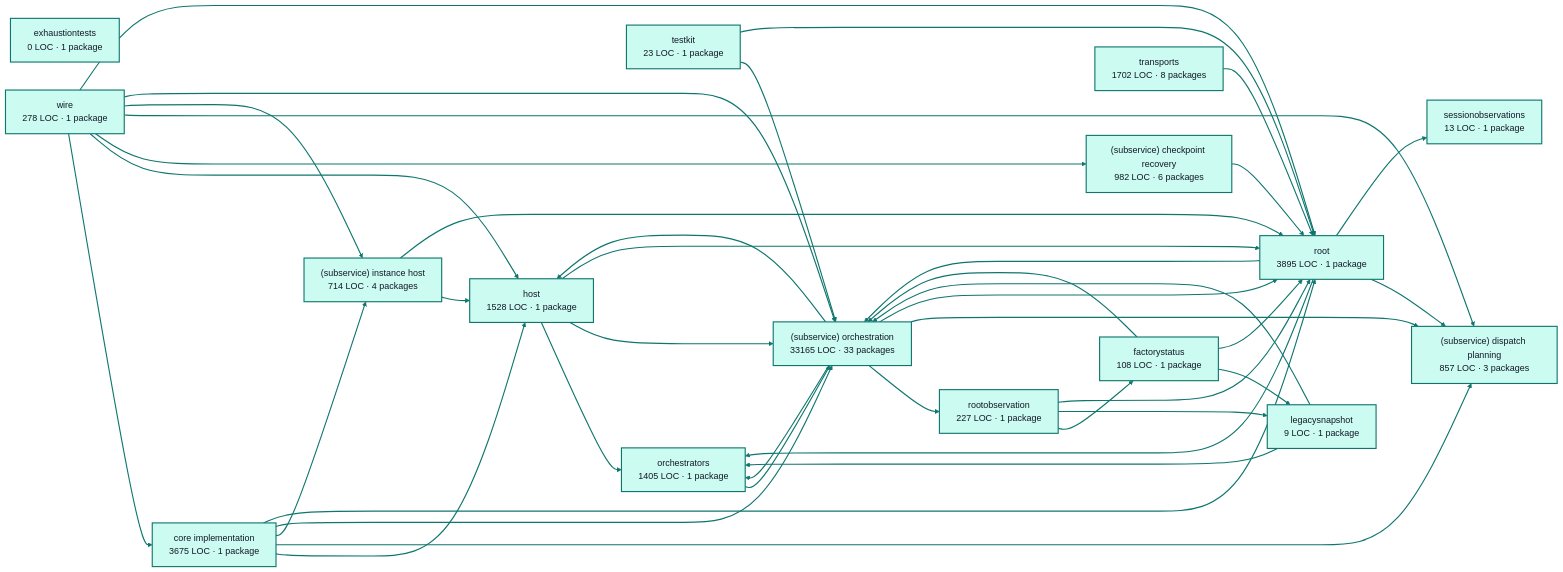
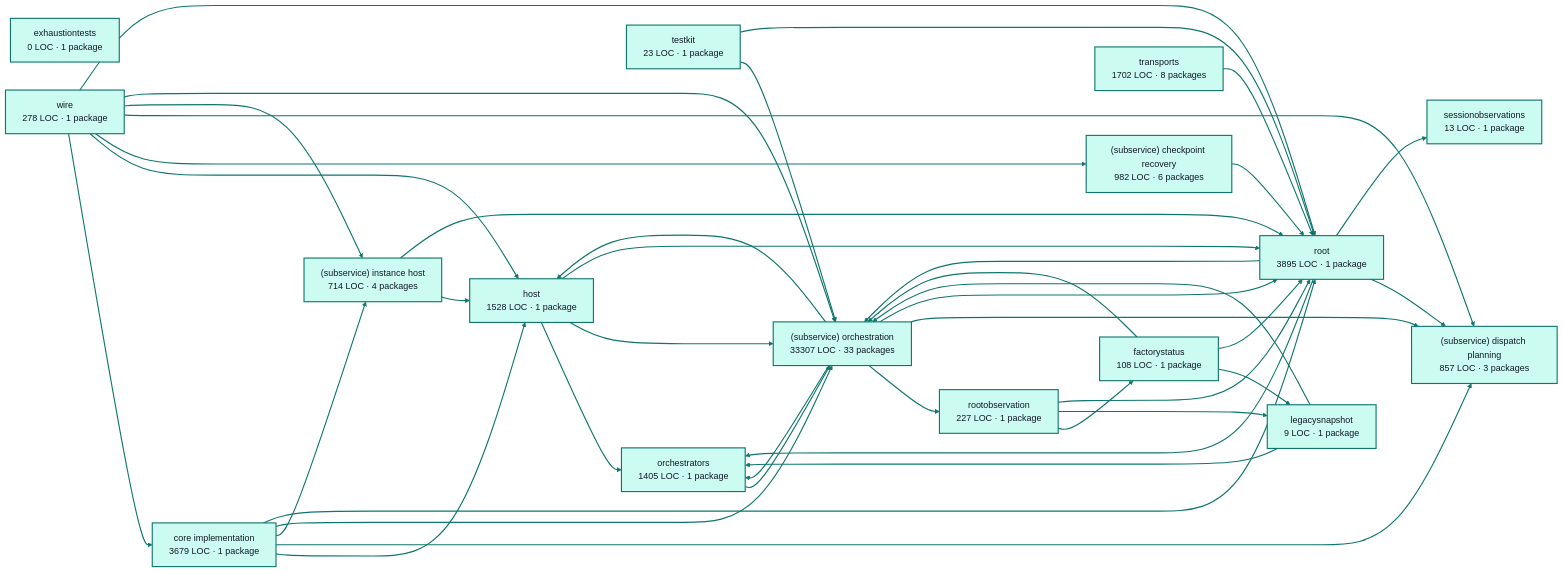
Before and after one commit to portpowered/you-agent-factory: the diagram in docs/architecture/visualizations/services/factory_runtime.md, drawn with Mermaid. The commit also changed other lines of this file and 20 other files, not shown here.

Commit message:
docs: refresh backend architecture visualizations

````diff
--- a/docs/architecture/visualizations/services/factory_runtime.md
+++ b/docs/architecture/visualizations/services/factory_runtime.md
@@ -11,75 +11,75 @@
 ```mermaid
 flowchart LR
-  p0["core implementation<br/>3675 LOC · 1 package"]
+  p0["core implementation<br/>3679 LOC · 1 package"]
   p1["exhaustiontests<br/>0 LOC · 1 package"]
   p2["factorystatus<br/>108 LOC · 1 package"]
   p3["host<br/>1528 LOC · 1 package"]
   p4["legacysnapshot<br/>9 LOC · 1 package"]
   p5["orchestrators<br/>1405 LOC · 1 package"]
   p6["rootobservation<br/>227 LOC · 1 package"]
   p7["(subservice) checkpoint recovery<br/>982 LOC · 6 packages"]
   p8["(subservice) dispatch planning<br/>857 LOC · 3 packages"]
   p9["(subservice) instance host<br/>714 LOC · 4 packages"]
-  p10["(subservice) orchestration<br/>33165 LOC · 33 packages"]
+  p10["(subservice) orchestration<br/>33307 LOC · 33 packages"]
   p11["sessionobservations<br/>13 LOC · 1 package"]
   p12["testkit<br/>23 LOC · 1 package"]
   p13["root<br/>3895 LOC · 1 package"]
   p14["transports<br/>1702 LOC · 8 packages"]
   p15["wire<br/>278 LOC · 1 package"]
   p0 --> p3
   p0 --> p8
   p0 --> p9
   p0 --> p10
   p0 --> p13
   p2 --> p4
   p2 --> p10
   p2 --> p13
   p3 --> p5
   p3 --> p10
   p3 --> p13
   p4 --> p5
   p4 --> p10
   p5 --> p10
   p6 --> p2
   p6 --> p4
   p6 --> p13
   p7 --> p13
   p9 --> p3
   p9 --> p13
   p10 --> p3
   p10 --> p5
   p10 --> p6
   p10 --> p8
   p10 --> p13
   p12 --> p10
   p12 --> p13
   p13 --> p5
   p13 --> p8
   p13 --> p10
   p13 --> p11
   p14 --> p13
   p15 --> p0
   p15 --> p3
   p15 --> p7
   p15 --> p8
   p15 --> p9
   p15 --> p10
   p15 --> p13
   style p0 fill:#ccfbf1,stroke:#0f766e,stroke-width:2px,color:#111827
   style p1 fill:#ccfbf1,stroke:#0f766e,stroke-width:2px,color:#111827
   style p2 fill:#ccfbf1,stroke:#0f766e,stroke-width:2px,color:#111827
   style p3 fill:#ccfbf1,stroke:#0f766e,stroke-width:2px,color:#111827
   style p4 fill:#ccfbf1,stroke:#0f766e,stroke-width:2px,color:#111827
   style p5 fill:#ccfbf1,stroke:#0f766e,stroke-width:2px,color:#111827
   style p6 fill:#ccfbf1,stroke:#0f766e,stroke-width:2px,color:#111827
   style p7 fill:#ccfbf1,stroke:#0f766e,stroke-width:2px,color:#111827
   style p8 fill:#ccfbf1,stroke:#0f766e,stroke-width:2px,color:#111827
   style p9 fill:#ccfbf1,stroke:#0f766e,stroke-width:2px,color:#111827
   style p10 fill:#ccfbf1,stroke:#0f766e,stroke-width:2px,color:#111827
   style p11 fill:#ccfbf1,stroke:#0f766e,stroke-width:2px,color:#111827
   style p12 fill:#ccfbf1,stroke:#0f766e,stroke-width:2px,color:#111827
   style p13 fill:#ccfbf1,stroke:#0f766e,stroke-width:2px,color:#111827
   style p14 fill:#ccfbf1,stroke:#0f766e,stroke-width:2px,color:#111827
   style p15 fill:#ccfbf1,stroke:#0f766e,stroke-width:2px,color:#111827
   linkStyle default stroke:#0f766e,stroke-width:2px
 ```
````
